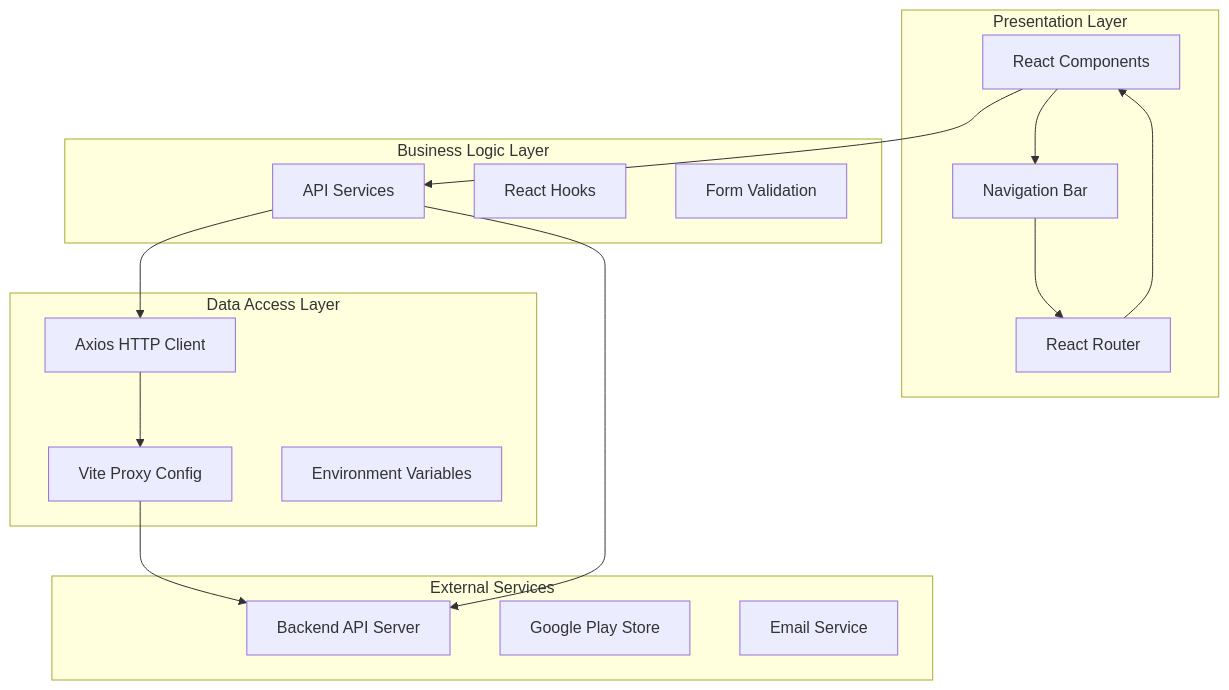
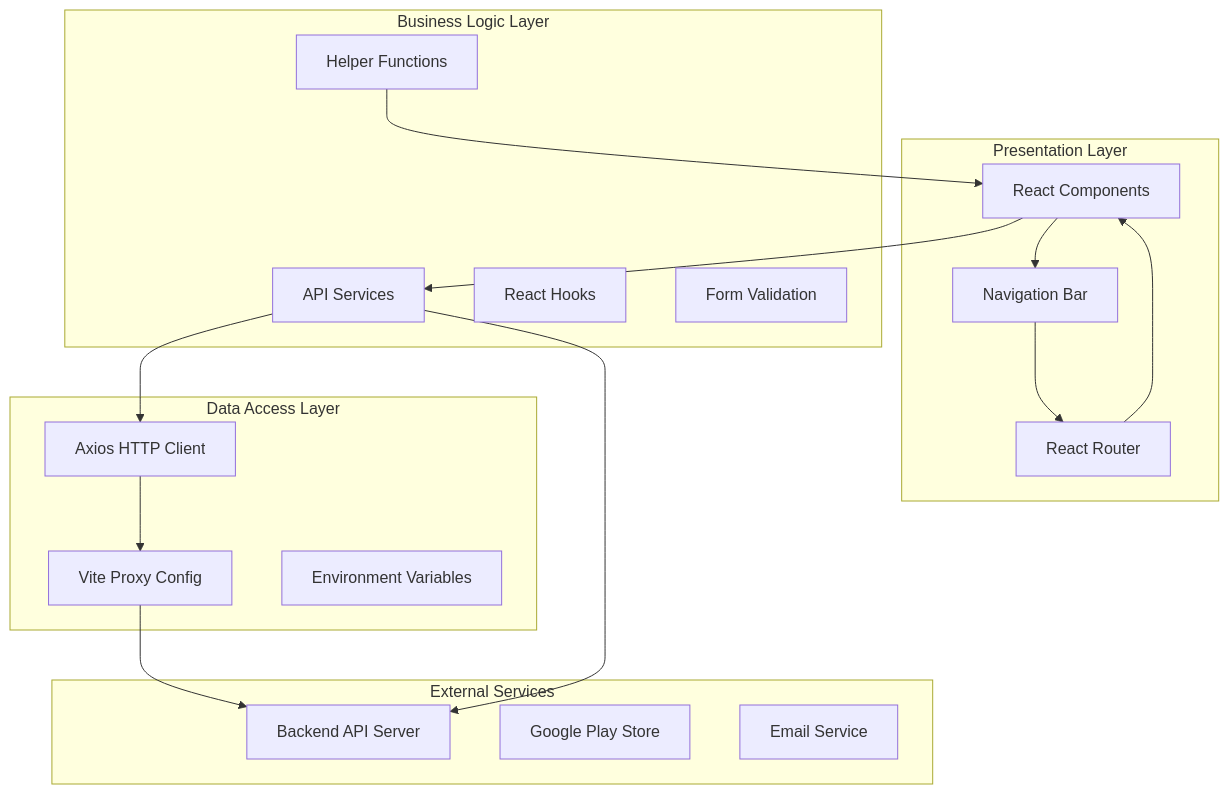
One commit to aravinthraj-ramalingam/Groww-App-Review-Insights-Analyzer- changed the second of 11 diagrams in .qoder/repowiki/en/content/Getting Started/Phase 3_ Frontend React Application.md. Above: the diagram before and after it, drawn with Mermaid. The commit also changed other lines of this file and 4 other files, not shown here.

````diff
--- a/.qoder/repowiki/en/content/Getting Started/Phase 3_ Frontend React Application.md
+++ b/.qoder/repowiki/en/content/Getting Started/Phase 3_ Frontend React Application.md
@@ -140,31 +140,33 @@
 ```mermaid
 graph TB
 subgraph "Presentation Layer"
 Views[React Components]
 Router[React Router]
 Navigation[Navigation Bar]
 end
 subgraph "Business Logic Layer"
 Services[API Services]
 StateManagement[React Hooks]
 Validation[Form Validation]
+HelperFunctions[Helper Functions]
 end
 subgraph "Data Access Layer"
 HTTP[Axios HTTP Client]
 Proxy[Vite Proxy Config]
 Environment[Environment Variables]
 end
 subgraph "External Services"
 Backend[Backend API Server]
 PlayStore[Google Play Store]
 Email[Email Service]
 end
 Views --> Services
 Services --> HTTP
 HTTP --> Proxy
 Proxy --> Backend
 Navigation --> Router
 Router --> Views
 Services --> Backend
 Views --> Navigation
+HelperFunctions --> Views
 ```
````
